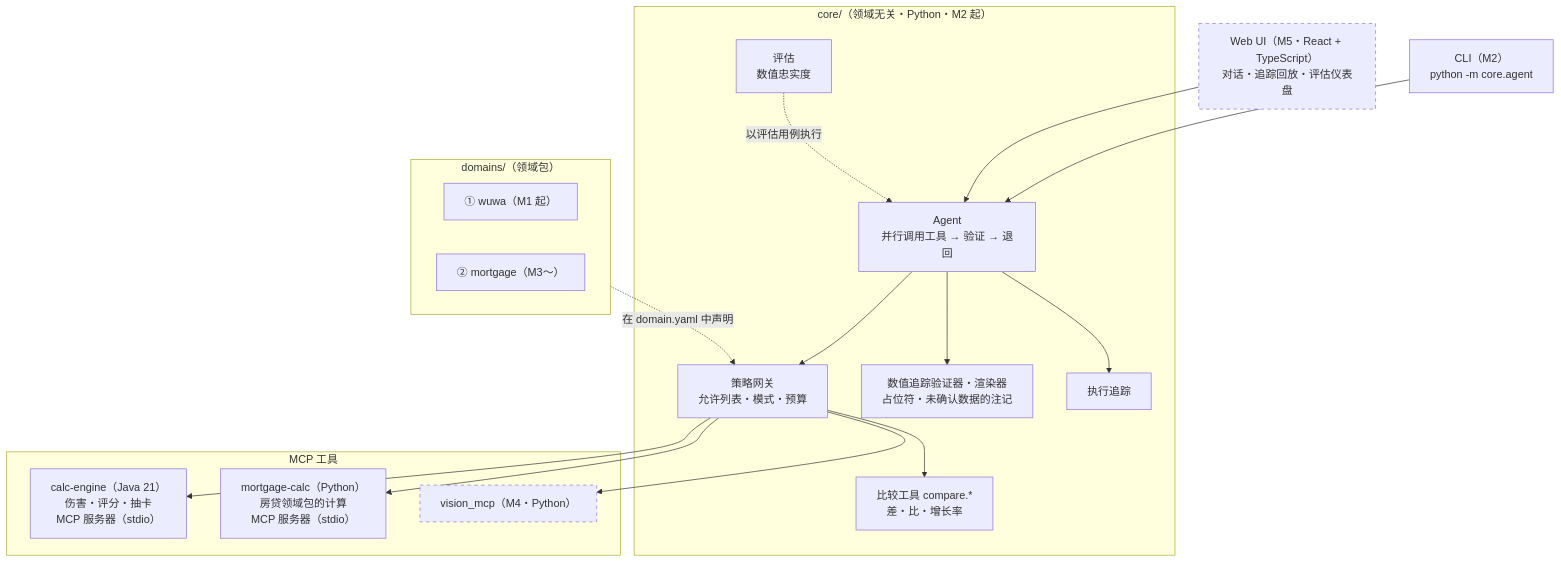
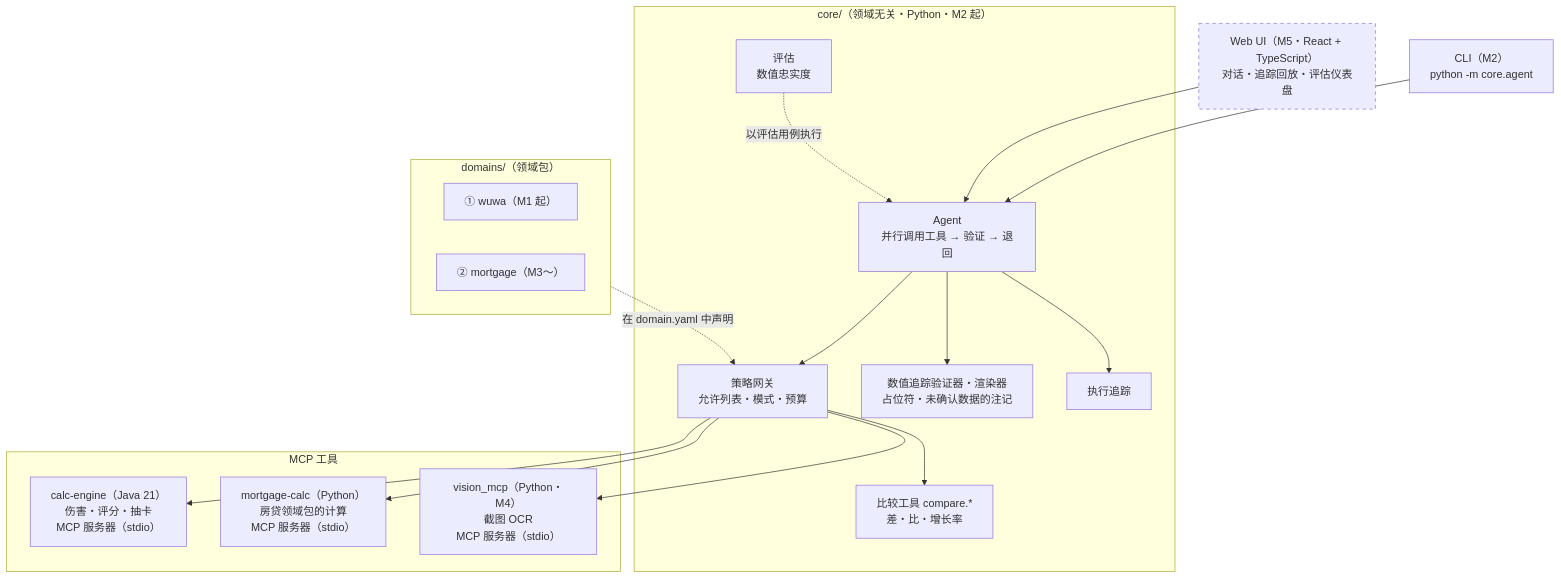
One commit to hexinlong9981/echolab changed the first of 2 diagrams in docs/architecture.zh-CN.md. Above: the diagram before and after it, drawn with Mermaid. The commit also changed other lines of this file and 15 other files, not shown here.

````diff
--- a/docs/architecture.zh-CN.md
+++ b/docs/architecture.zh-CN.md
@@ -13,32 +13,32 @@
 ```mermaid
 flowchart TB
   CLI["CLI（M2）<br/>python -m core.agent"]
   UI["Web UI（M5・React + TypeScript）<br/>对话・追踪回放・评估仪表盘"]
   subgraph core["core/（领域无关・Python・M2 起）"]
     AG["Agent<br/>并行调用工具 → 验证 → 退回"]
     GW["策略网关<br/>允许列表・模式・预算"]
     VF["数值追踪验证器・渲染器<br/>占位符・未确认数据的注记"]
     CMP["比较工具 compare.*<br/>差・比・增长率"]
     EV["评估<br/>数值忠实度"]
     TR["执行追踪"]
   end
   subgraph tools["MCP 工具"]
     CE["calc-engine（Java 21）<br/>伤害・评分・抽卡<br/>MCP 服务器（stdio）"]
     MC["mortgage-calc（Python）<br/>房贷领域包的计算<br/>MCP 服务器（stdio）"]
-    VM["vision_mcp（M4・Python）"]
+    VM["vision_mcp（Python・M4）<br/>截图 OCR<br/>MCP 服务器（stdio）"]
   end
   subgraph domains["domains/（领域包）"]
     D1["① wuwa（M1 起）"]
     D3["② mortgage（M3〜）"]
   end
   CLI --> AG
   UI --> AG
   AG --> GW --> CE & MC & CMP & VM
   AG --> VF
   AG --> TR
   domains -. "在 domain.yaml 中声明" .-> GW
   EV -. "以评估用例执行" .-> AG
 
   classDef planned stroke-dasharray: 5 5
-  class UI,VM planned
+  class UI planned
 ```
````
